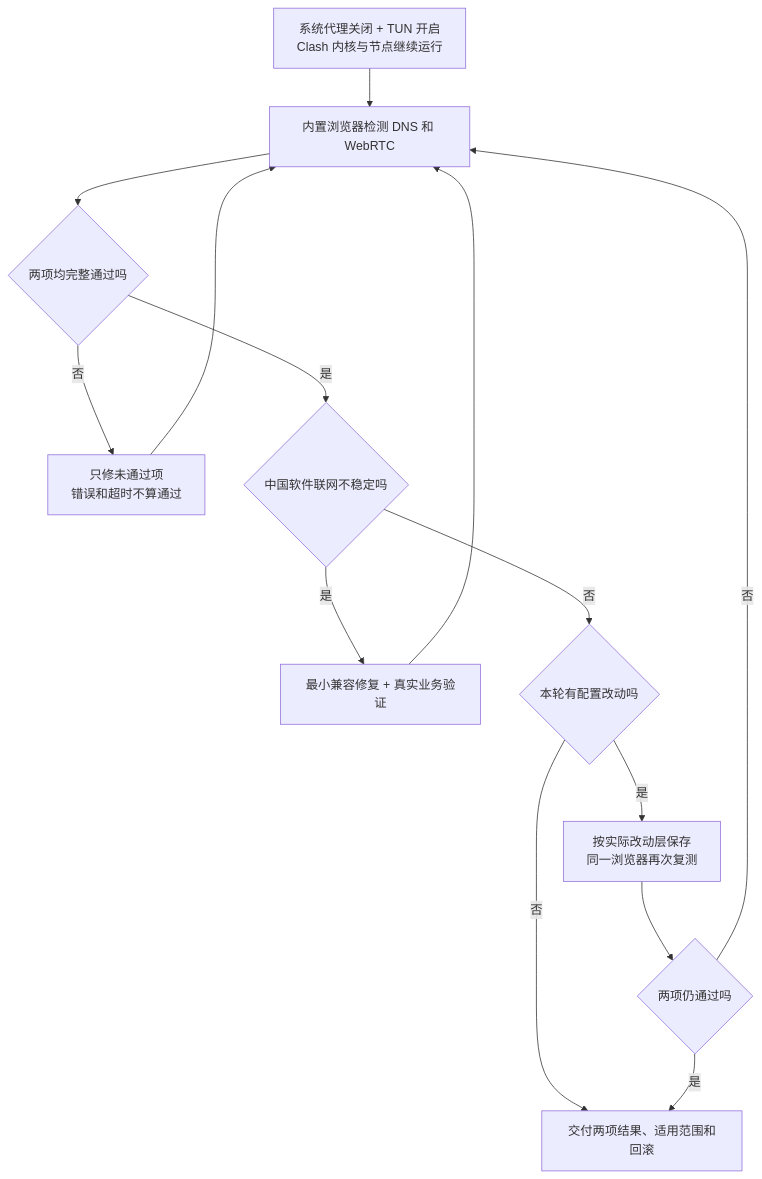
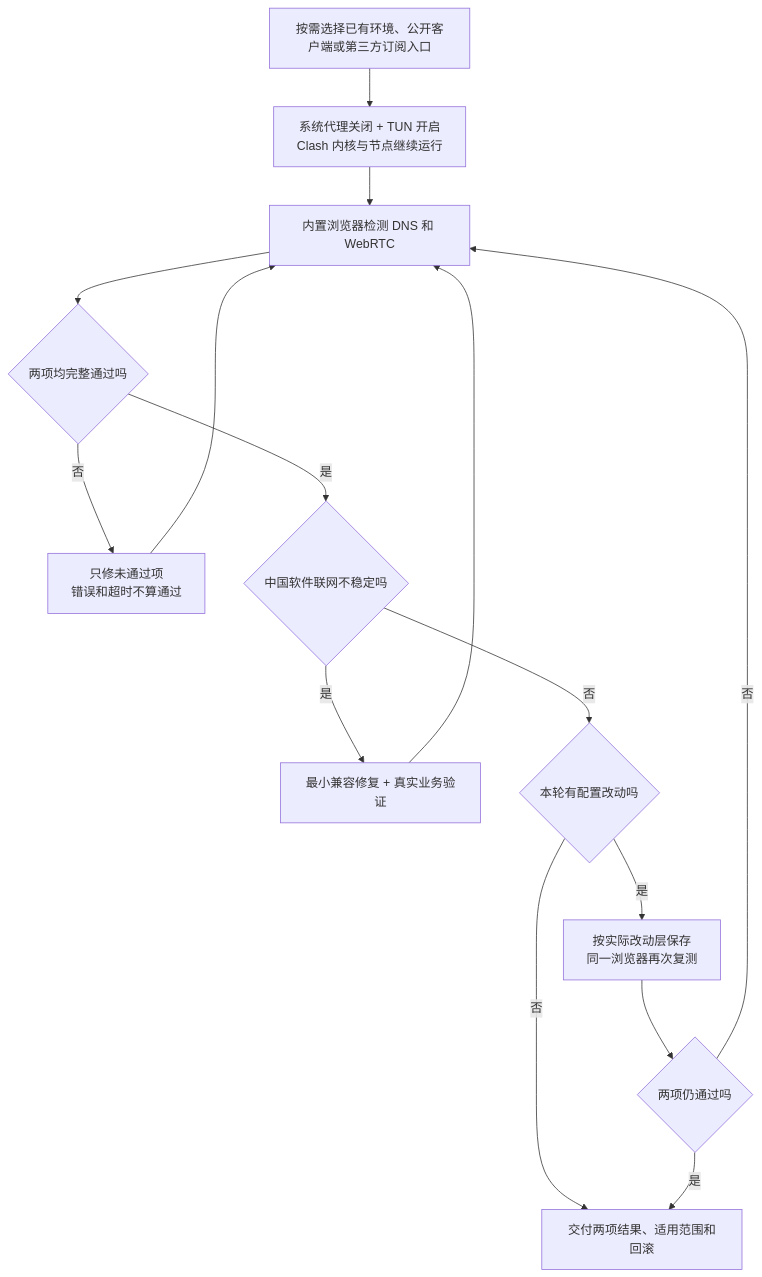
The diagram in README.md (mariozhaofan-pixel/dns-proxy-guard), drawn with Mermaid before and after one commit. The commit also changed other lines of this file and 3 other files, not shown here.

````diff
--- a/README.md
+++ b/README.md
@@ -14,16 +16,16 @@
 ```mermaid
 flowchart TD
-  A[系统代理关闭 + TUN 开启\nClash 内核与节点继续运行] --> B[内置浏览器检测 DNS 和 WebRTC]
+  S[按需选择已有环境、公开客户端或第三方订阅入口] --> A[系统代理关闭 + TUN 开启\nClash 内核与节点继续运行] --> B[内置浏览器检测 DNS 和 WebRTC]
   B --> C{两项均完整通过吗}
   C -->|否| R[只修未通过项\n错误和超时不算通过]
   R --> B
   C -->|是| D{中国软件联网不稳定吗}
   D -->|是| E[最小兼容修复 + 真实业务验证]
   E --> B
   D -->|否| F{本轮有配置改动吗}
   F -->|否| G[交付两项结果、适用范围和回滚]
   F -->|是| H[按实际改动层保存\n同一浏览器再次复测]
   H --> I{两项仍通过吗}
   I -->|是| G
   I -->|否| B
 ```
````
